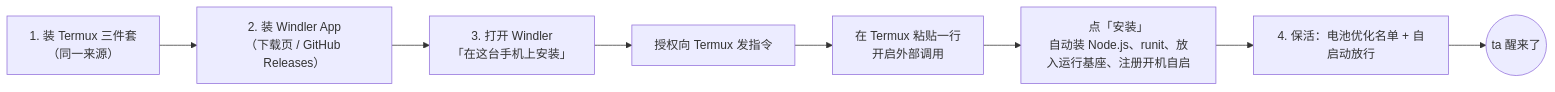
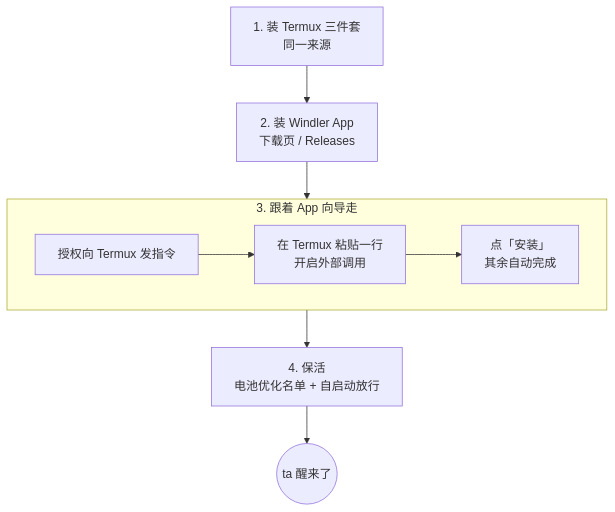
One commit to Causally-XYZ/Project.Quetzal changed the diagram in website/content/docs/zh/start/install.md. Above: the diagram before and after it, drawn with Mermaid. The commit also changed 23 other files, not shown here.

Commit message:
文档站图表可读性：mermaid 原尺寸渲染、窄屏横向流程图自动转纵向、宽图缩放或滚动、图表与图片全屏放大查看、时序图自动换行；多张横向流程图改为纵向并精简标签，架构总图改用手绘 SVG

````diff
--- a/website/content/docs/zh/start/install.md
+++ b/website/content/docs/zh/start/install.md
@@ -10,10 +10,9 @@
 ```mermaid
-flowchart LR
-  A["1. 装 Termux 三件套<br/>（同一来源）"] --> B["2. 装 Windler App<br/>（下载页 / GitHub Releases）"]
-  B --> C["3. 打开 Windler<br/>「在这台手机上安装」"]
-  C --> C1["授权向 Termux 发指令"]
-  C1 --> C2["在 Termux 粘贴一行<br/>开启外部调用"]
-  C2 --> C3["点「安装」<br/>自动装 Node.js、runit、放入运行基座、注册开机自启"]
-  C3 --> D["4. 保活：电池优化名单 + 自启动放行"]
-  D --> E(("ta 醒来了"))
+flowchart TB
+  A["1. 装 Termux 三件套<br/>同一来源"] --> B["2. 装 Windler App<br/>下载页 / Releases"] --> C
+  subgraph C["3. 跟着 App 向导走"]
+    direction LR
+    C1["授权向 Termux 发指令"] --> C2["在 Termux 粘贴一行<br/>开启外部调用"] --> C3["点「安装」<br/>其余自动完成"]
+  end
+  C --> D["4. 保活<br/>电池优化名单 + 自启动放行"] --> E(("ta 醒来了"))
 ```
````
